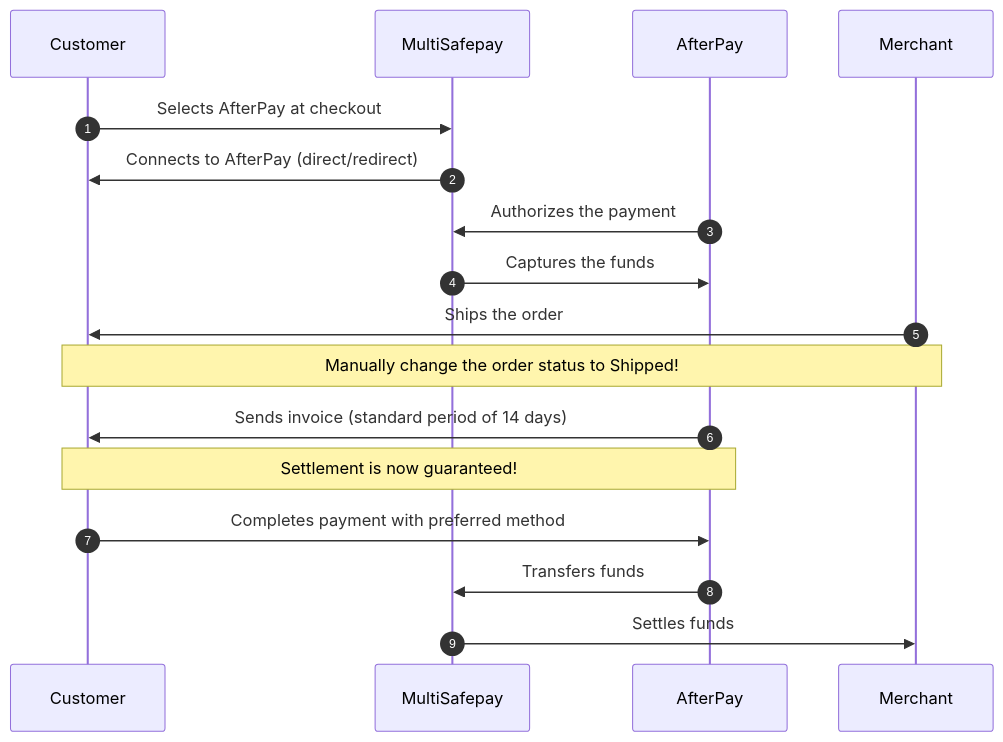
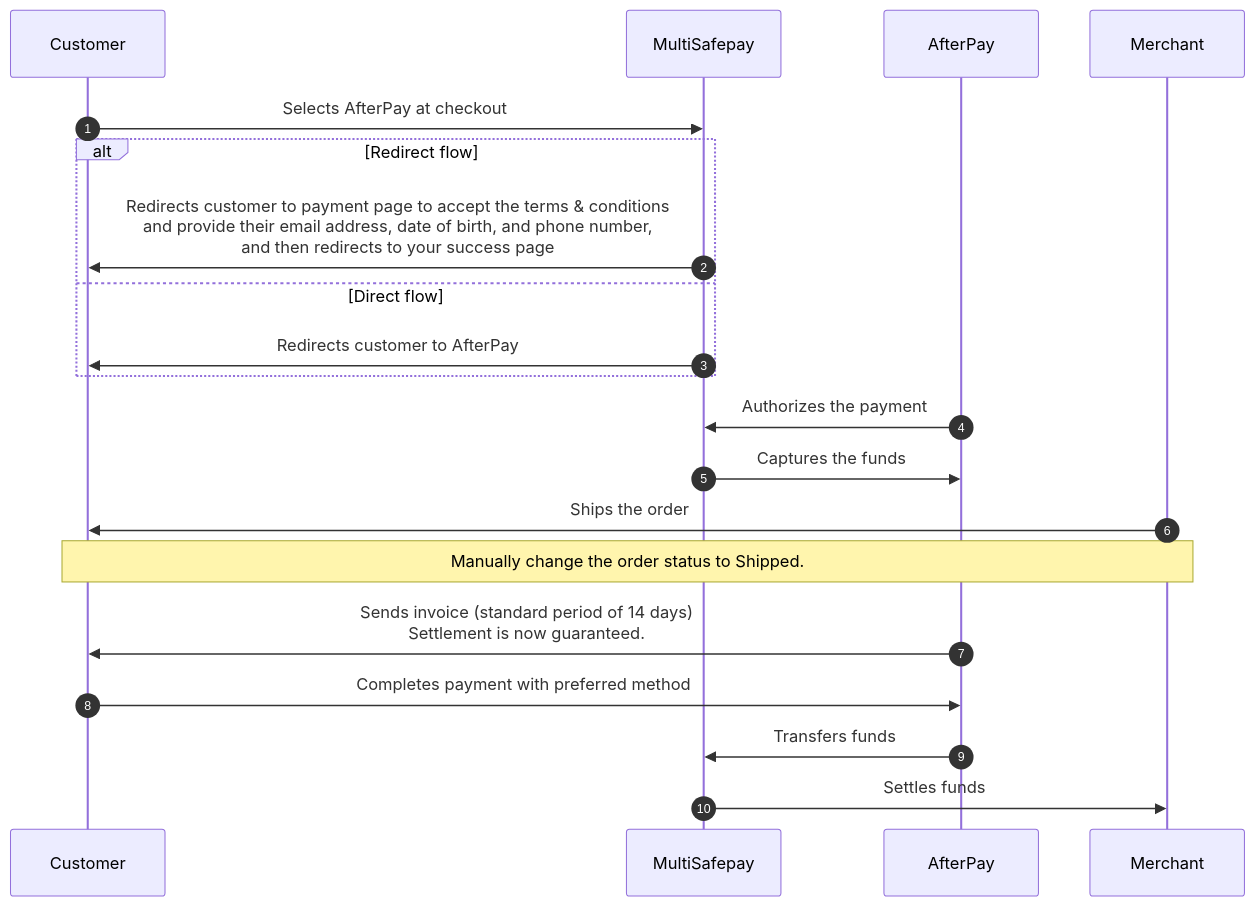
The diagram in content/payments/methods/pay-later/afterpay/payment-flow.md (MultiSafepay/docs), drawn with Mermaid before and after one commit. The commit also changed other lines of this file and 34 other files, not shown here.

```diff
--- a/content/payments/methods/pay-later/afterpay/payment-flow.md
+++ b/content/payments/methods/pay-later/afterpay/payment-flow.md
@@ -17,22 +17,25 @@
 {{< mermaid class="text-center" >}}
 
 sequenceDiagram
     autonumber
     participant C as Customer
     participant Mu as MultiSafepay
     participant A as AfterPay
     participant Me as Merchant
 
     C->>Mu: Selects AfterPay at checkout
-    Mu->>C: Connects to AfterPay (direct/redirect)
+    alt Redirect flow
+    Mu->>C: Redirects customer to payment page to accept the terms & conditions <br> and provide their email address, date of birth, and phone number, <br> and then redirects to your success page
+    else Direct flow
+    Mu->>C: Redirects customer to AfterPay
+    end
     A->>Mu: Authorizes the payment
     Mu->>A: Captures the funds
     Me->>C: Ships the order
-    Note over Me,C: Manually change the order status to Shipped! 
-    A->>C: Sends invoice (standard period of 14 days) 
-    Note over A,C: Settlement is now guaranteed!
+    Note over Me,C: Manually change the order status to Shipped. 
+    A->>C: Sends invoice (standard period of 14 days) <br> Settlement is now guaranteed.
     C->>A: Completes payment with preferred method
     A->>Mu: Transfers funds 
     Mu->>Me: Settles funds
 
 {{< /mermaid >}}
```
